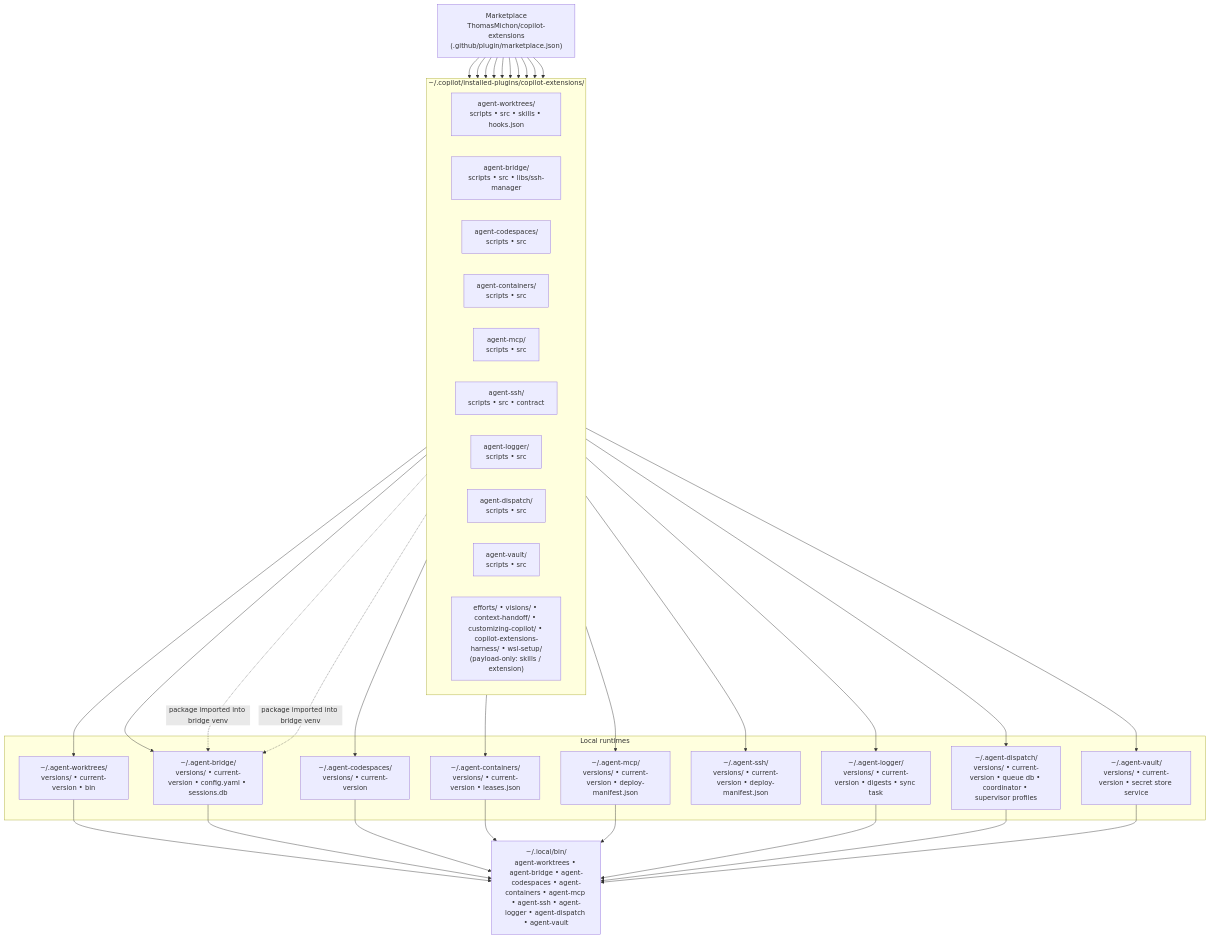
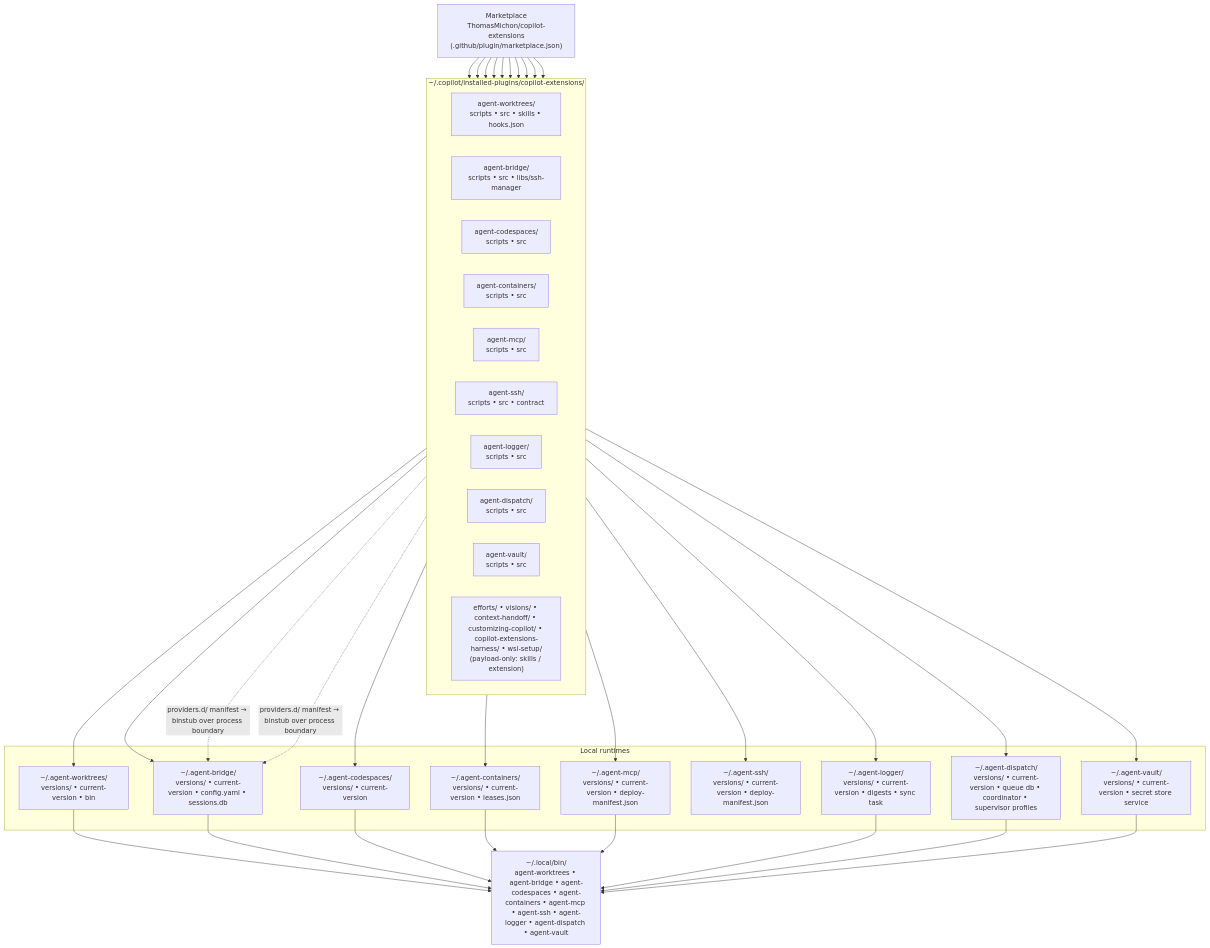
The first of 4 diagrams in docs/architecture.md (ThomasMichon/copilot-extensions), drawn with Mermaid before and after one commit. The commit also changed other lines of this file and 5 other files, not shown here.

First line of the commit message:
docs: suite-level ground-truth audit (provider-manifest seam, dynamic ports, flow) (#597)

````diff
--- a/docs/architecture.md
+++ b/docs/architecture.md
@@ -58,49 +58,49 @@
 ```mermaid
 flowchart TB
     MP["Marketplace<br/>ThomasMichon/copilot-extensions<br/>(.github/plugin/marketplace.json)"]
     subgraph IP["~/.copilot/installed-plugins/copilot-extensions/"]
       direction LR
       AW["agent-worktrees/<br/>scripts • src • skills • hooks.json"]
       AB["agent-bridge/<br/>scripts • src • libs/ssh-manager"]
       AC["agent-codespaces/<br/>scripts • src"]
       AN["agent-containers/<br/>scripts • src"]
       AM["agent-mcp/<br/>scripts • src"]
       AS["agent-ssh/<br/>scripts • src • contract"]
       AL["agent-logger/<br/>scripts • src"]
       AD["agent-dispatch/<br/>scripts • src"]
       AV["agent-vault/<br/>scripts • src"]
       PO["efforts/ • visions/ • context-handoff/ • customizing-copilot/ • copilot-extensions-harness/ • wsl-setup/<br/>(payload-only: skills / extension)"]
     end
     subgraph RT["Local runtimes"]
       RW["~/.agent-worktrees/<br/>versions/ • current-version • bin"]
       RB["~/.agent-bridge/<br/>versions/ • current-version • config.yaml • sessions.db"]
       RC["~/.agent-codespaces/<br/>versions/ • current-version"]
       RN["~/.agent-containers/<br/>versions/ • current-version • leases.json"]
       RM["~/.agent-mcp/<br/>versions/ • current-version • deploy-manifest.json"]
       RS["~/.agent-ssh/<br/>versions/ • current-version • deploy-manifest.json"]
       RL["~/.agent-logger/<br/>versions/ • current-version • digests • sync task"]
       RD["~/.agent-dispatch/<br/>versions/ • current-version • queue db • coordinator • supervisor profiles"]
       RV["~/.agent-vault/<br/>versions/ • current-version • secret store service"]
     end
     BIN["~/.local/bin/<br/>agent-worktrees • agent-bridge • agent-codespaces • agent-containers • agent-mcp • agent-ssh • agent-logger • agent-dispatch • agent-vault"]
     MP --> AW --> RW
     MP --> AB --> RB
     MP --> AC --> RC
     MP --> AN --> RN
     MP --> AM --> RM
     MP --> AS --> RS
     MP --> AL --> RL
     MP --> AD --> RD
     MP --> AV --> RV
     MP --> PO
     RW --> BIN
     RB --> BIN
     RC --> BIN
     RN --> BIN
     RM --> BIN
     RL --> BIN
     RD --> BIN
     RV --> BIN
-    AC -.->|package imported into bridge venv| RB
-    AN -.->|package imported into bridge venv| RB
+    AC -.->|providers.d/ manifest → binstub over process boundary| RB
+    AN -.->|providers.d/ manifest → binstub over process boundary| RB
 ```
````
